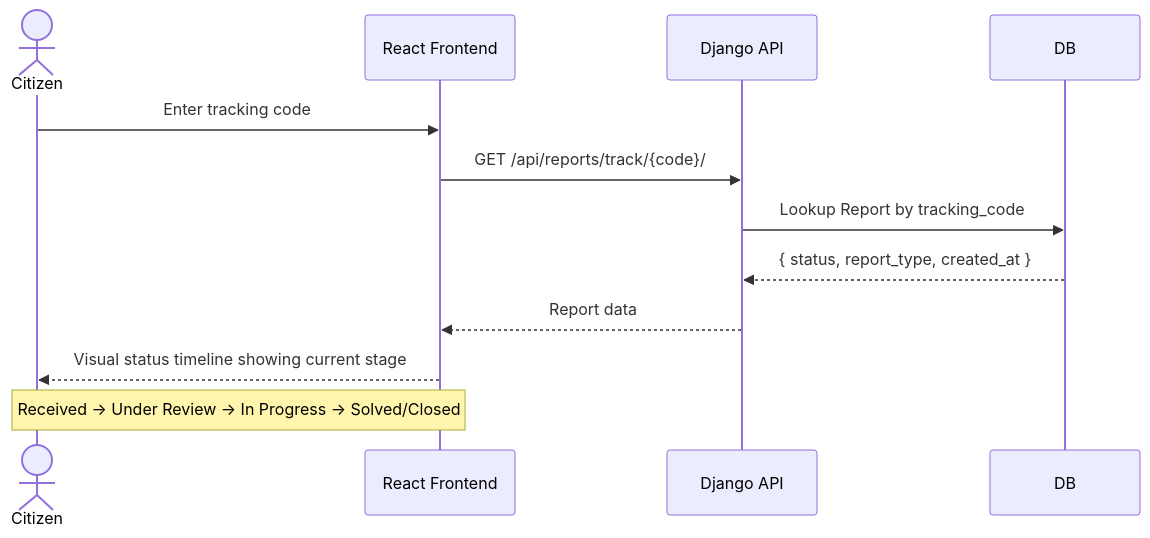
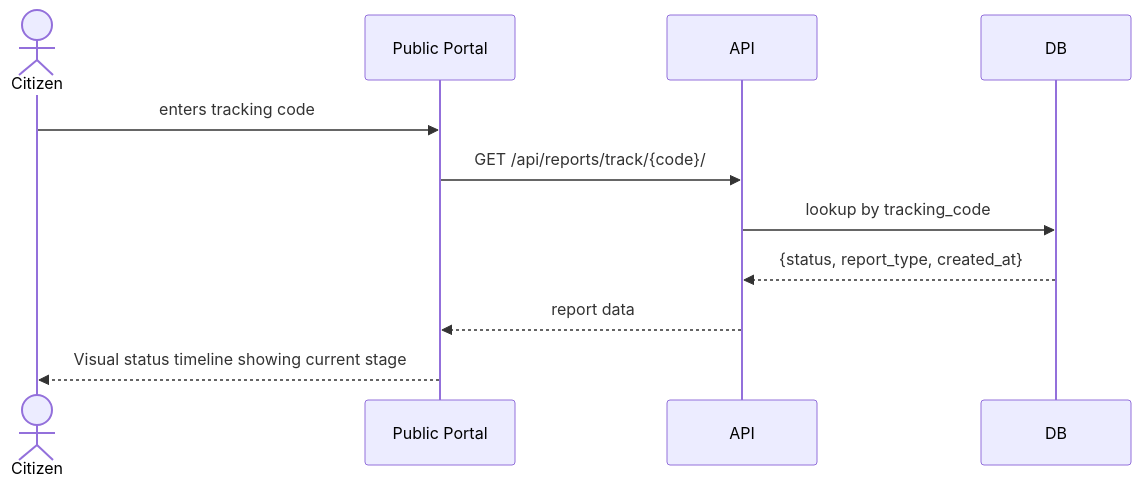
The second of 3 diagrams in test.md (salmakhalill/Python-Sec-Sandbox), drawn with Mermaid before and after one commit. The commit also changed other lines of this file, not shown here.

First line of the commit message:
Revise test.md with new diagrams and content updates

````diff
--- a/test.md
+++ b/test.md
@@ -294,15 +32,14 @@
 ```mermaid
 sequenceDiagram
     actor Citizen
-    participant React as React Frontend
-    participant API as Django API
+    participant Portal as Public Portal
+    participant API
     participant DB
 
-    Citizen->>React: Enter tracking code
-    React->>API: GET /api/reports/track/{code}/
-    API->>DB: Lookup Report by tracking_code
-    DB-->>API: { status, report_type, created_at }
-    API-->>React: Report data
-    React-->>Citizen: Visual status timeline showing current stage
-    Note over React,Citizen: Received → Under Review → In Progress → Solved/Closed
+    Citizen->>Portal: enters tracking code
+    Portal->>API: GET /api/reports/track/{code}/
+    API->>DB: lookup by tracking_code
+    DB-->>API: {status, report_type, created_at}
+    API-->>Portal: report data
+    Portal-->>Citizen: Visual status timeline showing current stage
 ```
````
